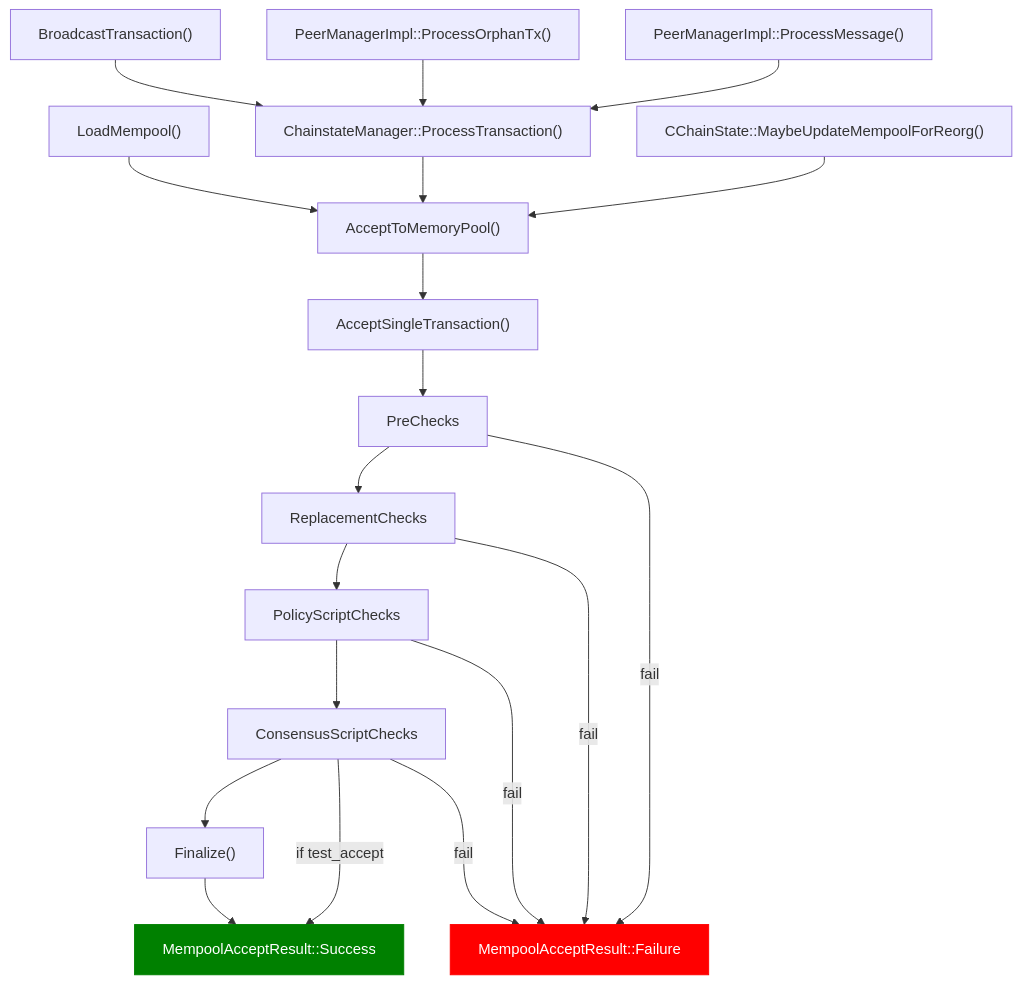
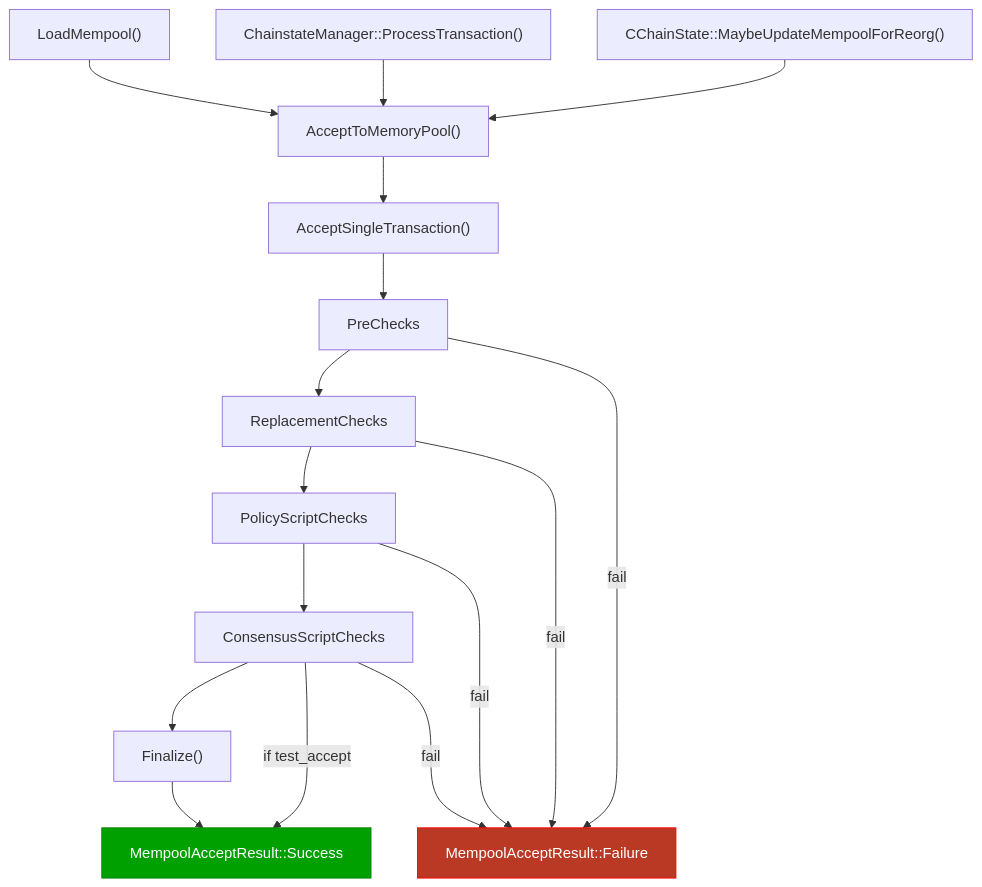
The second of 3 diagrams in 03_consensus-and-validation.adoc (chaincodelabs/onboarding-to-bitcoin-core), drawn with Mermaid before and after one commit. The commit also changed other lines of this file and 3 other files, not shown here.

```diff
--- a/03_consensus-and-validation.adoc
+++ b/03_consensus-and-validation.adoc
@@ -566,41 +533,42 @@
 [mermaid,target=ATMP-call-graph,format=svg,id=ATMP-call-graph]
 ....
 flowchart TB
     success[MempoolAcceptResult::Success]
     failure[MempoolAcceptResult::Failure]
     process_tx["ChainstateManager::ProcessTransaction()"]
-    process_msg["PeerManagerImpl::ProcessMessage()"]
-    process_orphan["PeerManagerImpl::ProcessOrphanTx()"]
-    broadcast_tx["BroadcastTransaction()"]
     maybe_update["CChainState::MaybeUpdateMempoolForReorg()"]
     load_mempool["LoadMempool()"]
     atmp["AcceptToMemoryPool()"]
     accept_single["AcceptSingleTransaction()"]
     finalise["Finalize()"]
 
-    process_msg --> process_tx
-    process_orphan --> process_tx
-    broadcast_tx --> process_tx
+    %% think this is too much detail
+    %% process_msg["PeerManagerImpl::ProcessMessage()"]
+    %% process_orphan["PeerManagerImpl::ProcessOrphanTx()"]
+    %% broadcast_tx["BroadcastTransaction()"]
+    %% process_msg --> process_tx
+    %% process_orphan --> process_tx
+    %% broadcast_tx --> process_tx
 
     maybe_update --> atmp
     process_tx --> atmp
     load_mempool --> atmp
 
     atmp --> accept_single
     accept_single --> PreChecks
     PreChecks --> ReplacementChecks
     PreChecks -- fail --> failure
     ReplacementChecks --> PolicyScriptChecks
     ReplacementChecks -- fail --> failure
     PolicyScriptChecks --> ConsensusScriptChecks
     PolicyScriptChecks -- fail --> failure
     ConsensusScriptChecks -- if test_accept --> success
     ConsensusScriptChecks -- fail ---> failure
     ConsensusScriptChecks --> finalise
     finalise --> success
 
-    classDef green fill:green,color:white,stroke:green;
-    classDef red fill:red,color:white,stroke:red;
+    classDef green fill:#00A000,color:white,stroke:green;
+    classDef red fill:#BA3925,color:white,stroke:red;
     class AcceptToMemoryPool,success green
     class failure, red
 ....
```
